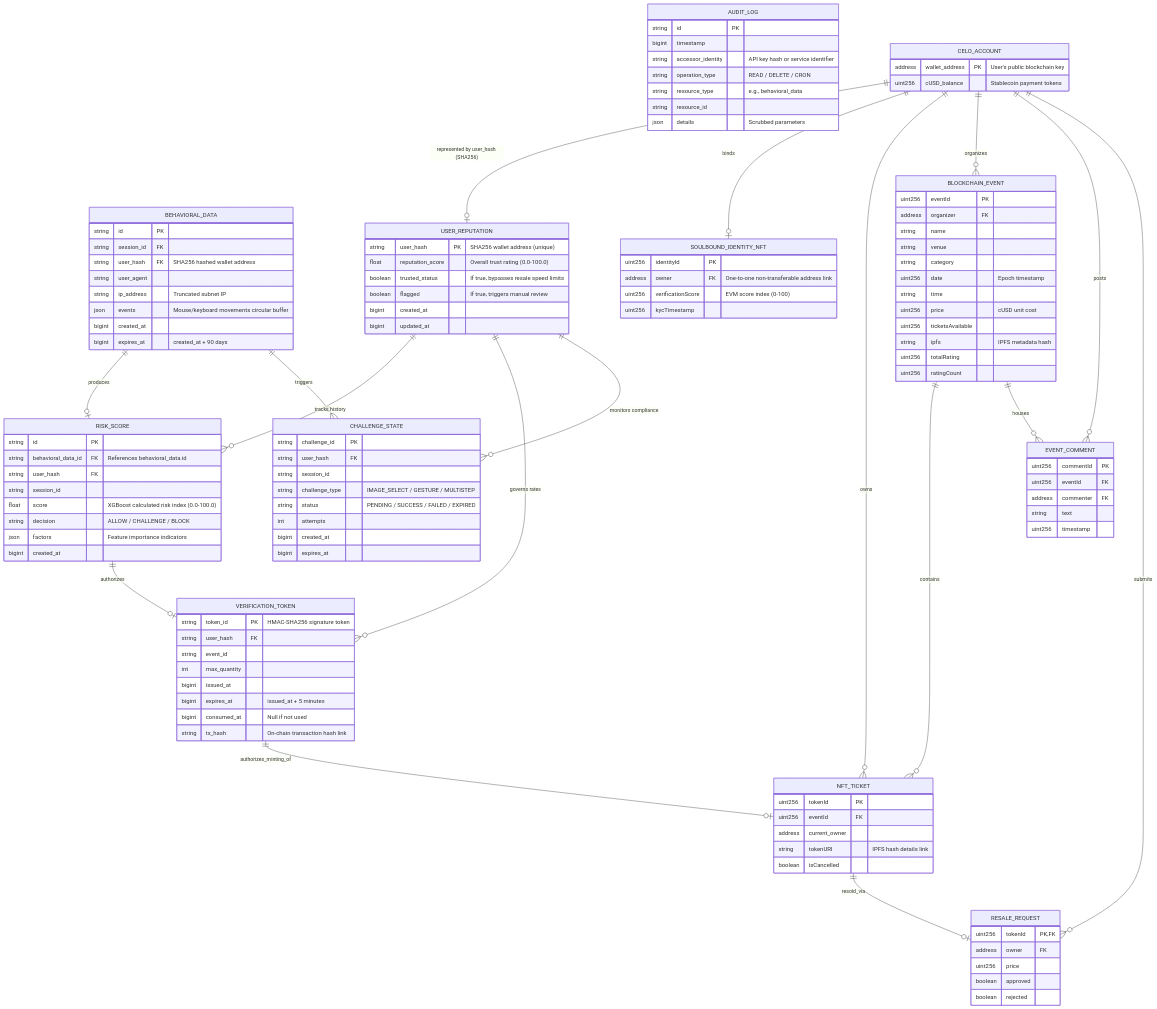
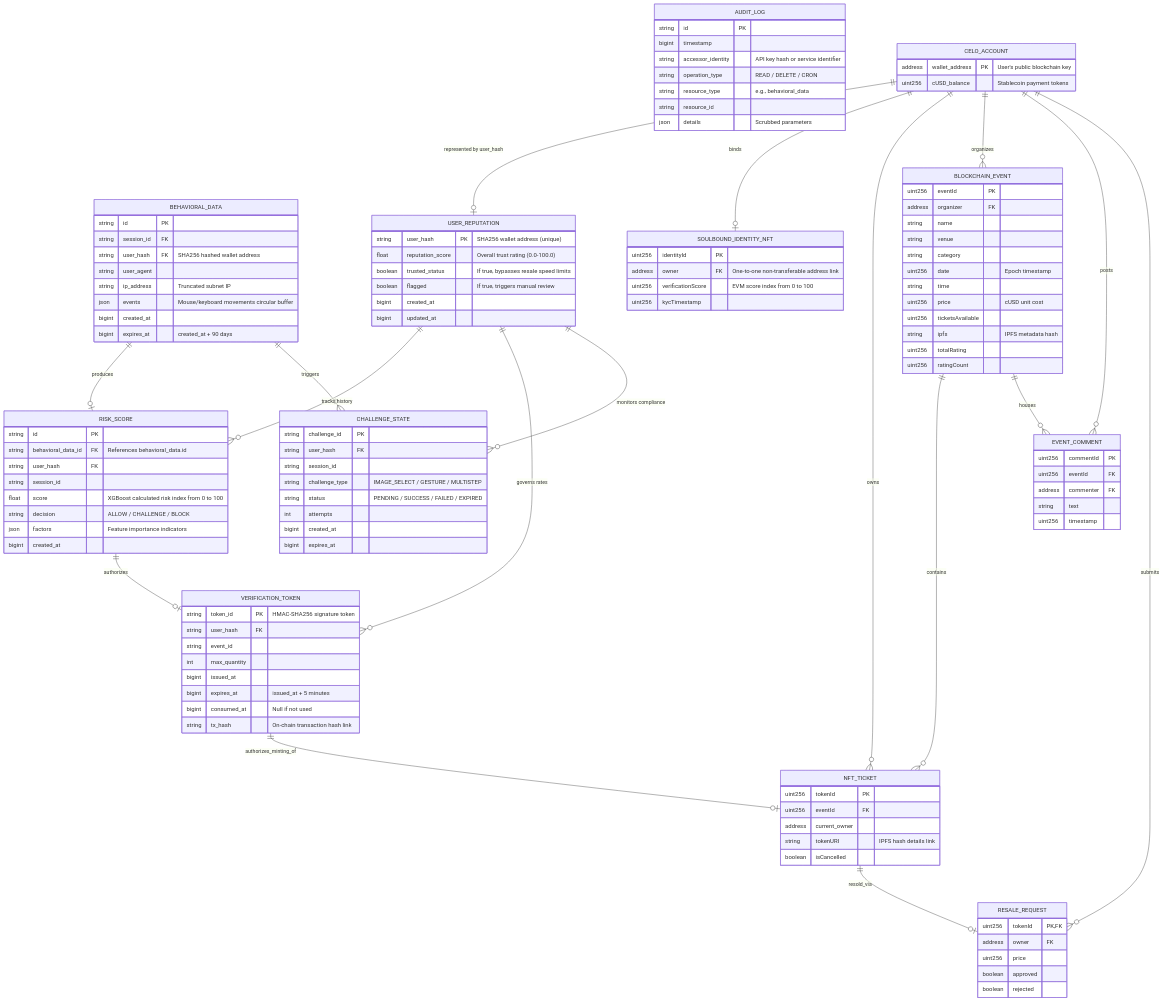
Before and after one commit to Sayyed23/Rexell: the second of 4 diagrams in SYSTEM_DIAGRAMS.md, drawn with Mermaid. The commit also changed other lines of this file, not shown here.

Commit message:
chore: update documentation grammar and formatting in SYSTEM_DIAGRAMS.md

```diff
--- a/SYSTEM_DIAGRAMS.md
+++ b/SYSTEM_DIAGRAMS.md
@@ -124,7 +124,7 @@
         string behavioral_data_id FK "References behavioral_data.id"
         string user_hash FK
         string session_id
-        float score "XGBoost calculated risk index (0.0-100.0)"
+        float score "XGBoost calculated risk index from 0 to 100"
         string decision "ALLOW / CHALLENGE / BLOCK"
         json factors "Feature importance indicators"
         bigint created_at
@@ -219,7 +219,7 @@
     SOULBOUND_IDENTITY_NFT {
         uint256 identityId PK
         address owner FK "One-to-one non-transferable address link"
-        uint256 verificationScore "EVM score index (0-100)"
+        uint256 verificationScore "EVM score index from 0 to 100"
         uint256 kycTimestamp
     }
 
@@ -232,7 +232,7 @@
     USER_REPUTATION ||--o{ CHALLENGE_STATE : "monitors compliance"
 
     %% Hybrid Links (Postgres to Celo Mapping)
-    CELO_ACCOUNT ||--o| USER_REPUTATION : "represented by user_hash (SHA256)"
+    CELO_ACCOUNT ||--o| USER_REPUTATION : "represented by user_hash"
     CELO_ACCOUNT ||--o| SOULBOUND_IDENTITY_NFT : "binds"
     CELO_ACCOUNT ||--o{ NFT_TICKET : "owns"
     CELO_ACCOUNT ||--o{ BLOCKCHAIN_EVENT : "organizes"
```
